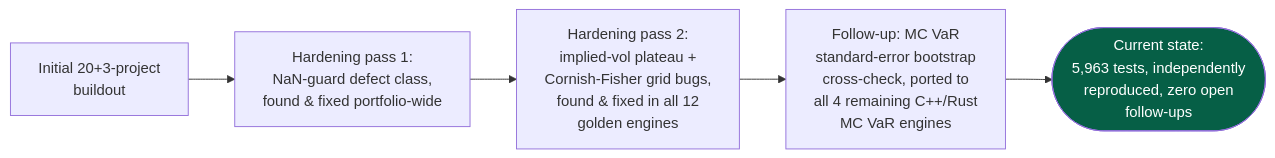
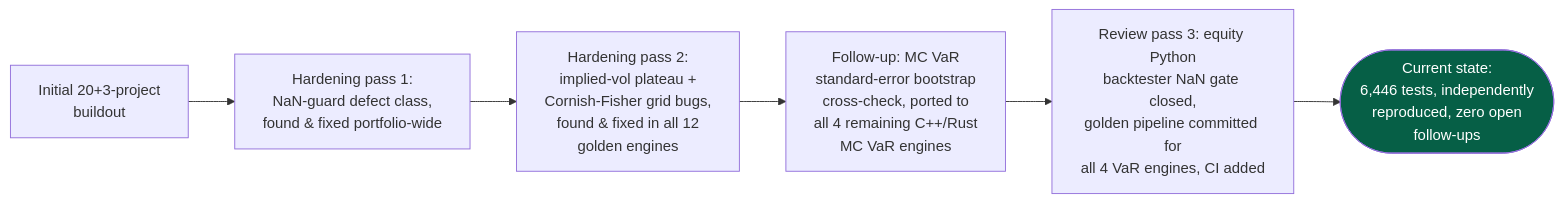
Diagram 13 of 13 in docs/DIAGRAMS.md (AshJha0/quant-portfolio), drawn with Mermaid before and after one commit. The commit also changed other lines of this file and 87 other files, not shown here.

Commit message:
Review 2026-09-06: NaN-handling fix, validation hardening, golden generators, CI, references, docs site

````diff
--- a/docs/DIAGRAMS.md
+++ b/docs/DIAGRAMS.md
@@ -351,9 +360,10 @@
 ```mermaid
 flowchart LR
     V1["Initial 20+3-project<br/>buildout"] --> V2["Hardening pass 1:<br/>NaN-guard defect class,<br/>found & fixed portfolio-wide"]
     V2 --> V3["Hardening pass 2:<br/>implied-vol plateau +<br/>Cornish-Fisher grid bugs,<br/>found & fixed in all 12<br/>golden engines"]
     V3 --> V4["Follow-up: MC VaR<br/>standard-error bootstrap<br/>cross-check, ported to<br/>all 4 remaining C++/Rust<br/>MC VaR engines"]
-    V4 --> V5(["Current state:<br/>5,963 tests, independently<br/>reproduced, zero open<br/>follow-ups"])
+    V4 --> V6["Review pass 3: equity Python<br/>backtester NaN gate closed,<br/>golden pipeline committed for<br/>all 4 VaR engines, CI added"]
+    V6 --> V5(["Current state:<br/>6,446 tests, independently<br/>reproduced, zero open<br/>follow-ups"])
 
     style V5 fill:#065f46,color:#fff
 ```
````
